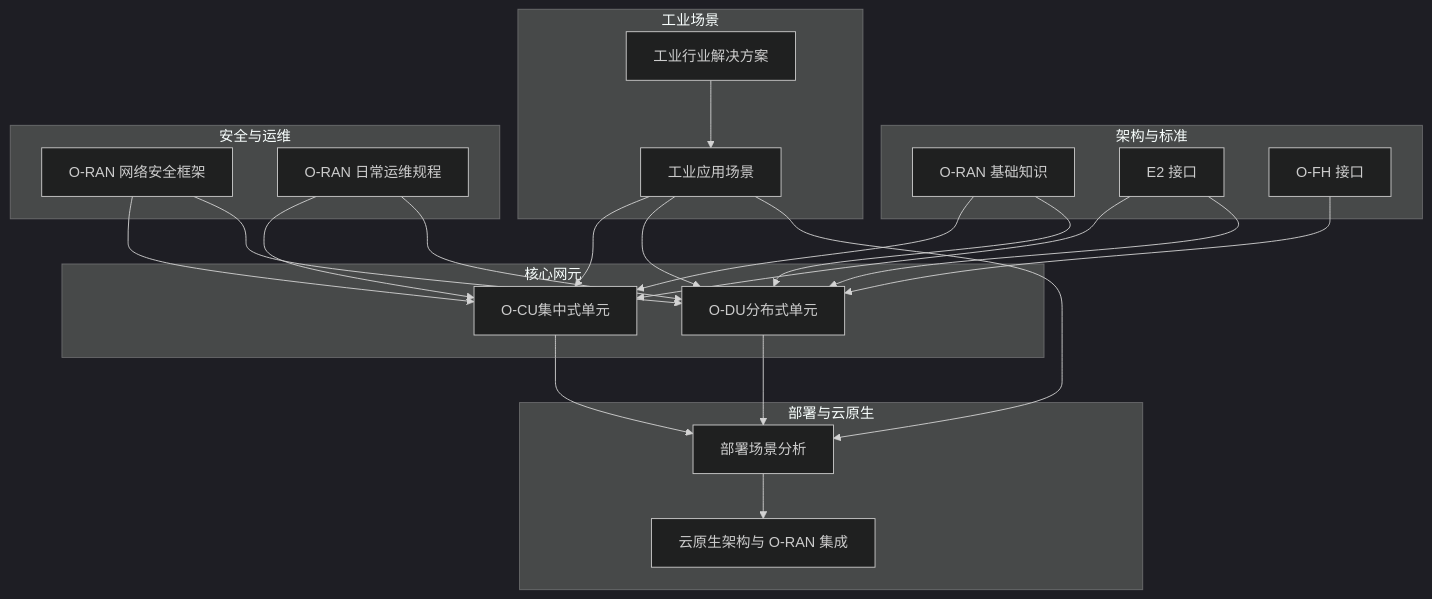
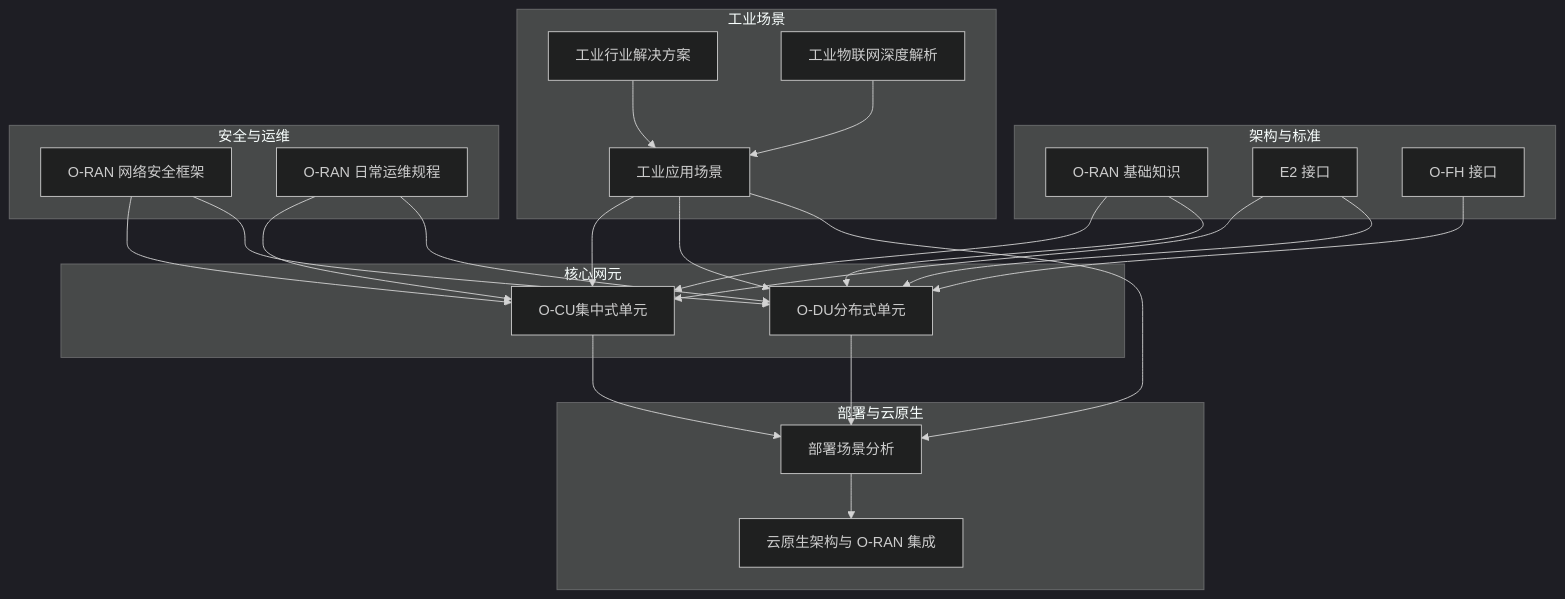
Before and after one commit to allengaller/oran-database: the first of 6 diagrams in .qoder/repowiki/zh/content/应用场景/工业互联网应用.md, drawn with Mermaid (dark theme). The commit also changed other lines of this file and 32 other files, not shown here.

````diff
--- a/.qoder/repowiki/zh/content/应用场景/工业互联网应用.md
+++ b/.qoder/repowiki/zh/content/应用场景/工业互联网应用.md
@@ -36,40 +47,42 @@
 ```mermaid
 graph TB
 subgraph "架构与标准"
 A1["O-RAN 基础知识"]
 A2["E2 接口"]
 A3["O-FH 接口"]
 end
 subgraph "核心网元"
 C1["O-CU集中式单元"]
 C2["O-DU分布式单元"]
 end
 subgraph "部署与云原生"
 D1["部署场景分析"]
 D2["云原生架构与 O-RAN 集成"]
 end
 subgraph "工业场景"
 S1["工业应用场景"]
 S2["工业行业解决方案"]
+S3["工业物联网深度解析"]
 end
 subgraph "安全与运维"
 U1["O-RAN 网络安全框架"]
 U2["O-RAN 日常运维规程"]
 end
 A1 --> C1
 A1 --> C2
 A2 --> C1
 A2 --> C2
 A3 --> C2
 C1 --> D1
 C2 --> D1
 D1 --> D2
 S1 --> C1
 S1 --> C2
 S1 --> D1
 S2 --> S1
+S3 --> S1
 U1 --> C1
 U1 --> C2
 U2 --> C1
 U2 --> C2
 ```
````
